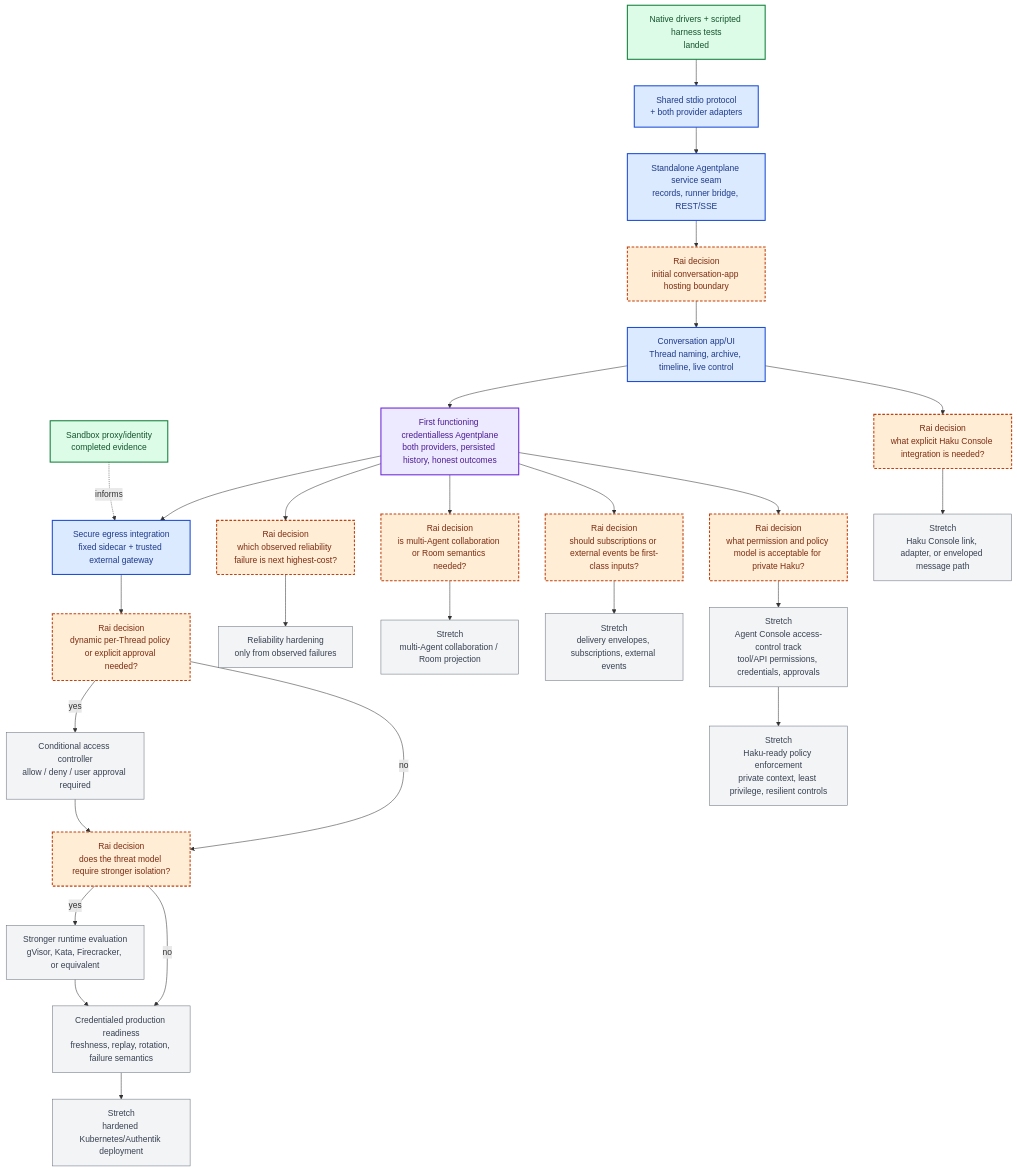
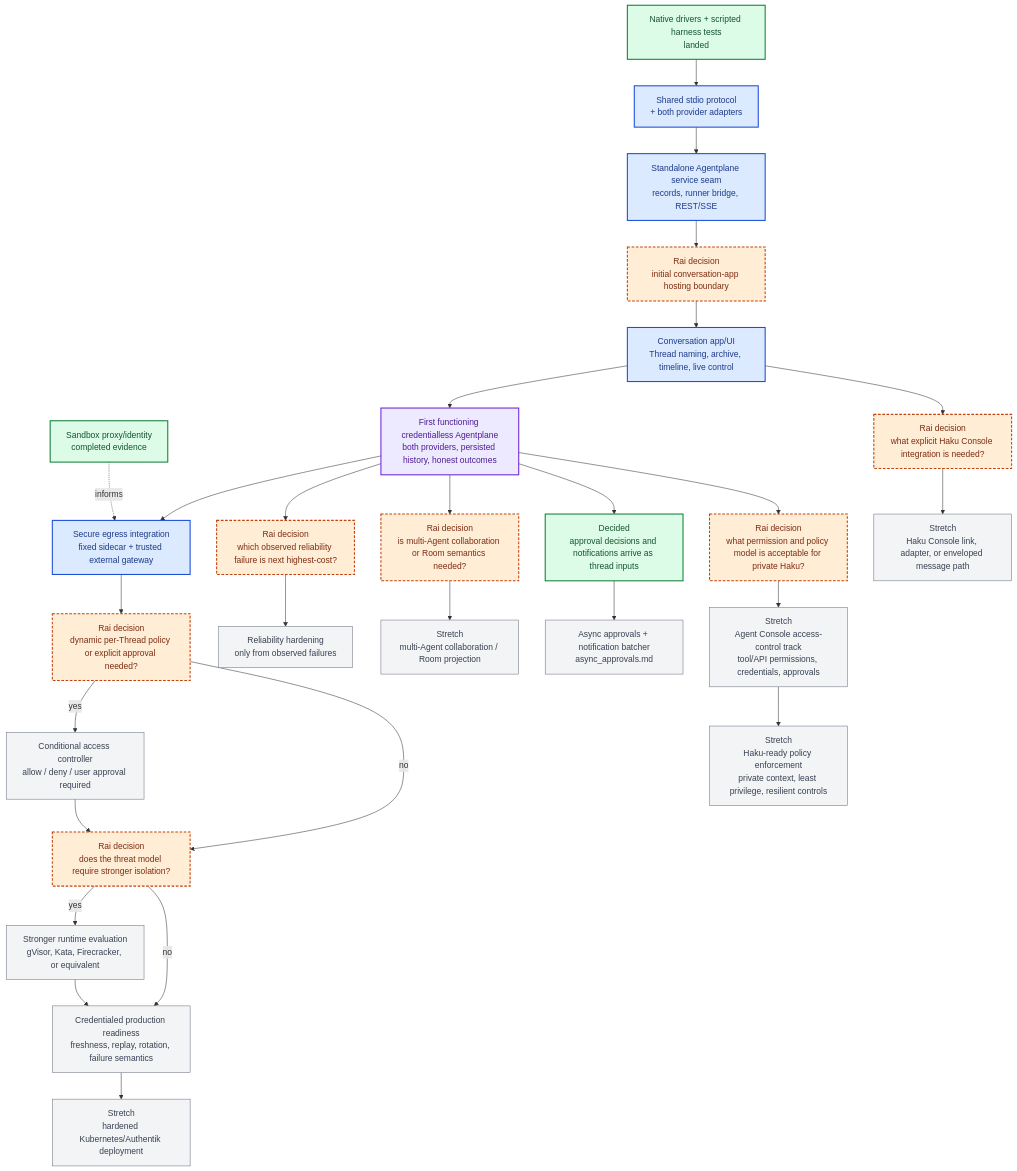
The diagram in x/agentplane/plans/task_dag.md (agentydragon/ducktape), drawn with Mermaid before and after one commit. The commit also changed other lines of this file and 2 other files, not shown here.

First line of the commit message:
agentplane: record the asynchronous approvals design

````diff
--- a/x/agentplane/plans/task_dag.md
+++ b/x/agentplane/plans/task_dag.md
@@ -31,51 +31,51 @@
 ```mermaid
 flowchart TB
     classDef completed fill:#dcfce7,stroke:#15803d,color:#14532d,stroke-width:2px
     classDef next fill:#dbeafe,stroke:#1d4ed8,color:#1e3a8a,stroke-width:2px
     classDef milestone fill:#ede9fe,stroke:#6d28d9,color:#4c1d95,stroke-width:2px
     classDef decision fill:#ffedd5,stroke:#c2410c,color:#7c2d12,stroke-width:2px,stroke-dasharray:5 3
     classDef future fill:#f3f4f6,stroke:#6b7280,color:#374151
 
     S0["Sandbox proxy/identity<br/>completed evidence"]:::completed
     A["Native drivers + scripted harness tests<br/>landed"]:::completed
     B["Shared stdio protocol<br/>+ both provider adapters"]:::next
     C["Standalone Agentplane service seam<br/>records, runner bridge, REST/SSE"]:::next
     D["Rai decision<br/>initial conversation-app hosting boundary"]:::decision
     E["Conversation app/UI<br/>Thread naming, archive, timeline, live control"]:::next
     F["First functioning credentialless Agentplane<br/>both providers, persisted history, honest outcomes"]:::milestone
 
     J["Secure egress integration<br/>fixed sidecar + trusted external gateway"]:::next
     P["Rai decision<br/>dynamic per-Thread policy or explicit approval needed?"]:::decision
     K["Conditional access controller<br/>allow / deny / user approval required"]:::future
     R["Rai decision<br/>does the threat model require stronger isolation?"]:::decision
     L["Credentialed production readiness<br/>freshness, replay, rotation, failure semantics"]:::future
     V["Stronger runtime evaluation<br/>gVisor, Kata, Firecracker, or equivalent"]:::future
 
     Q["Rai decision<br/>which observed reliability failure is next highest-cost?"]:::decision
     M["Reliability hardening<br/>only from observed failures"]:::future
 
     H["Rai decision<br/>is multi-Agent collaboration or Room semantics needed?"]:::decision
     N["Stretch<br/>multi-Agent collaboration / Room projection"]:::future
-    X["Rai decision<br/>should subscriptions or external events be first-class inputs?"]:::decision
-    Y["Stretch<br/>delivery envelopes, subscriptions, external events"]:::future
+    X["Decided<br/>approval decisions and notifications arrive as thread inputs"]:::completed
+    Y["Async approvals + notification batcher<br/>async_approvals.md"]:::future
     Z["Rai decision<br/>what explicit Haku Console integration is needed?"]:::decision
     U["Stretch<br/>Haku Console link, adapter, or enveloped message path"]:::future
     AA["Rai decision<br/>what permission and policy model is acceptable for private Haku?"]:::decision
     AB["Stretch<br/>Agent Console access-control track<br/>tool/API permissions, credentials, approvals"]:::future
     AC["Stretch<br/>Haku-ready policy enforcement<br/>private context, least privilege, resilient controls"]:::future
     W["Stretch<br/>hardened Kubernetes/Authentik deployment"]:::future
 
     A --> B --> C --> D --> E --> F
     F --> J --> P
     P -->|yes| K --> R
     P -->|no| R
     R -->|yes| V --> L
     R -->|no| L
     F --> Q --> M
     F --> H --> N
     F --> X --> Y
     E --> Z --> U
     F --> AA --> AB --> AC
     L --> W
     S0 -. informs .-> J
 ```
````
